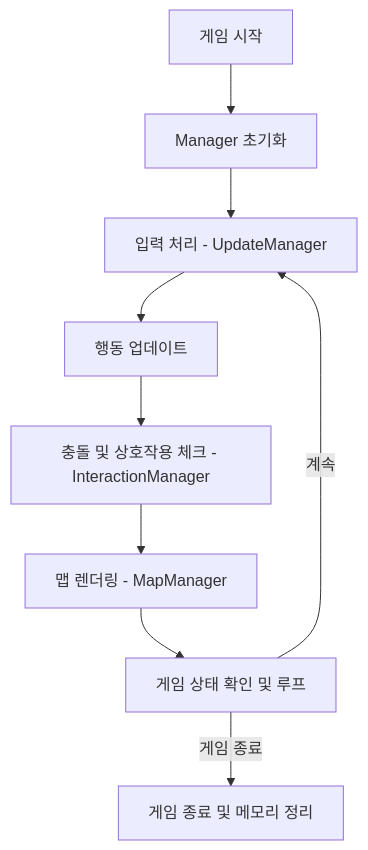
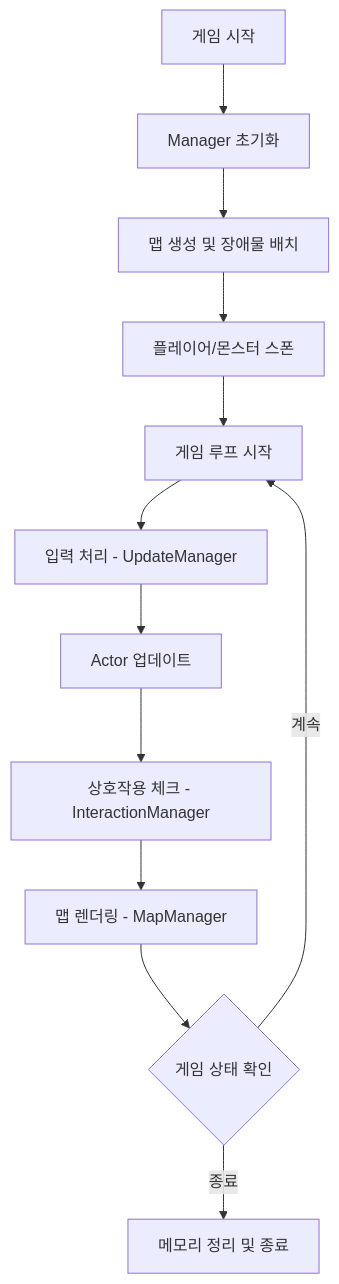
One commit to lazylee-l2i/ConsoleRPG_CPP changed the first of 4 diagrams in README.md. Above: the diagram before and after it, drawn with Mermaid. The commit also changed other lines of this file, not shown here.

````diff
--- a/README.md
+++ b/README.md
@@ -73,11 +43,16 @@
 ```mermaid
-flowchart TD
+flowchart TB
     Start[게임 시작] --> Init[Manager 초기화]
-    Init --> Input["입력 처리 - UpdateManager"]
-    Input --> Action[행동 업데이트]
-    Action --> Collision["충돌 및 상호작용 체크 - InteractionManager"]
-    Collision --> MapRender["맵 렌더링 - MapManager"]
-    MapRender --> Loop[게임 상태 확인 및 루프]
-    Loop -->|계속| Input
-    Loop -->|게임 종료| End[게임 종료 및 메모리 정리]
+    Init --> MapGen[맵 생성 및 장애물 배치]
+    MapGen --> ActorSpawn[플레이어/몬스터 스폰]
+    ActorSpawn --> GameLoop[게임 루프 시작]
+    
+    GameLoop --> Input[입력 처리 - UpdateManager]
+    Input --> Update[Actor 업데이트]
+    Update --> Interaction[상호작용 체크 - InteractionManager]
+    Interaction --> Render[맵 렌더링 - MapManager]
+    Render --> StateCheck{게임 상태 확인}
+    
+    StateCheck -->|계속| GameLoop
+    StateCheck -->|종료| Cleanup[메모리 정리 및 종료]
 ```
````
